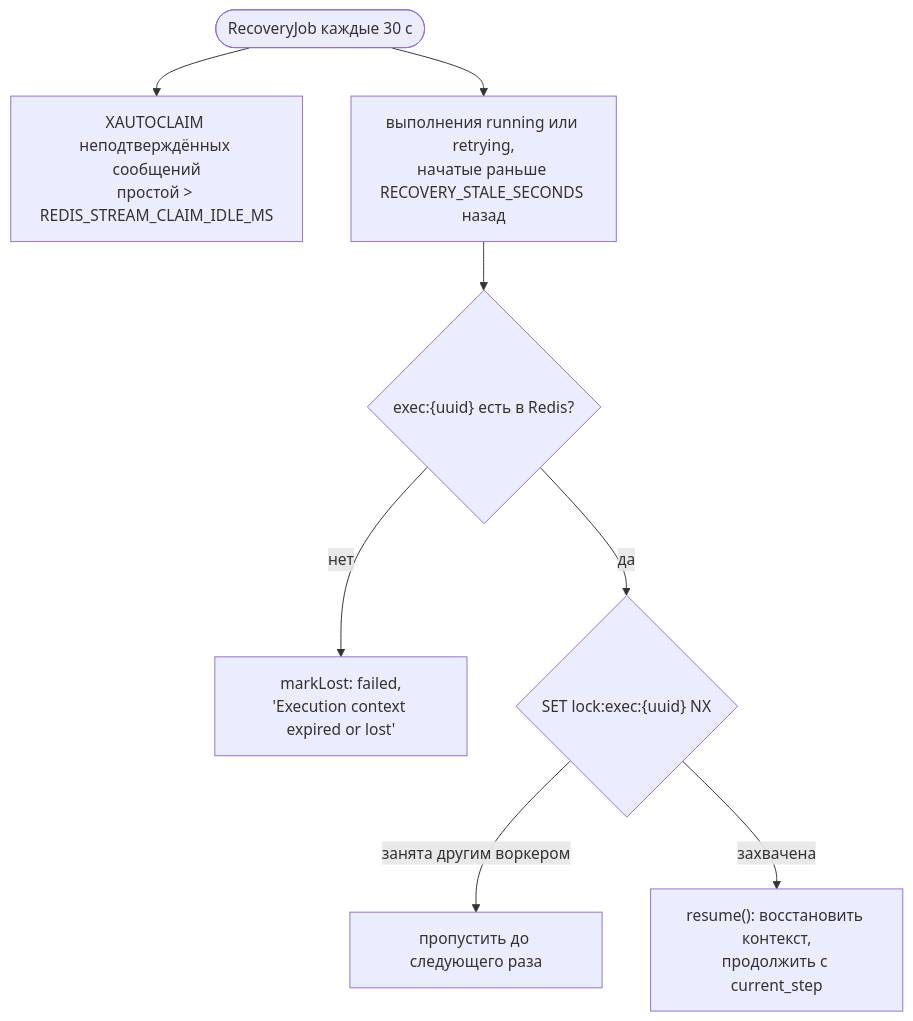
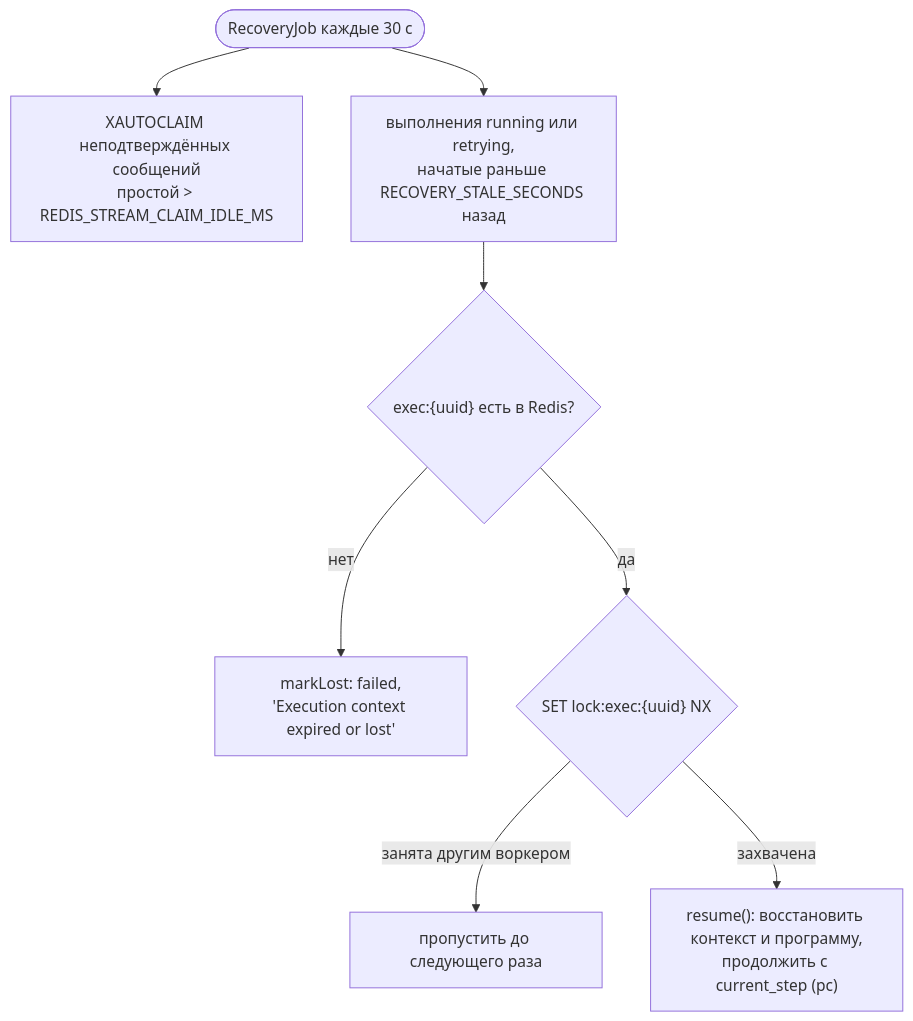
One commit to madarch-labs/Workflow-Processing-Service changed the fifth of 6 diagrams in doc/ru/05-architecture/execution-engine.md. Above: the diagram before and after it, drawn with Mermaid. The commit also changed other lines of this file and 470 other files, not shown here.

````diff
--- a/doc/ru/05-architecture/execution-engine.md
+++ b/doc/ru/05-architecture/execution-engine.md
@@ -139,10 +328,10 @@
 ```mermaid
 flowchart TB
     job(["RecoveryJob каждые 30 с"]) --> claim["XAUTOCLAIM неподтверждённых сообщений<br/>простой > REDIS_STREAM_CLAIM_IDLE_MS"]
     job --> stale["выполнения running или retrying,<br/>начатые раньше RECOVERY_STALE_SECONDS назад"]
     stale --> state{"exec:{uuid} есть в Redis?"}
     state -- "нет" --> lost["markLost: failed,<br/>'Execution context expired or lost'"]
     state -- "да" --> lk{"SET lock:exec:{uuid} NX"}
     lk -- "занята другим воркером" --> later["пропустить до следующего раза"]
-    lk -- "захвачена" --> resume["resume(): восстановить контекст,<br/>продолжить с current_step"]
+    lk -- "захвачена" --> resume["resume(): восстановить контекст и программу,<br/>продолжить с current_step (pc)"]
 ```
````
